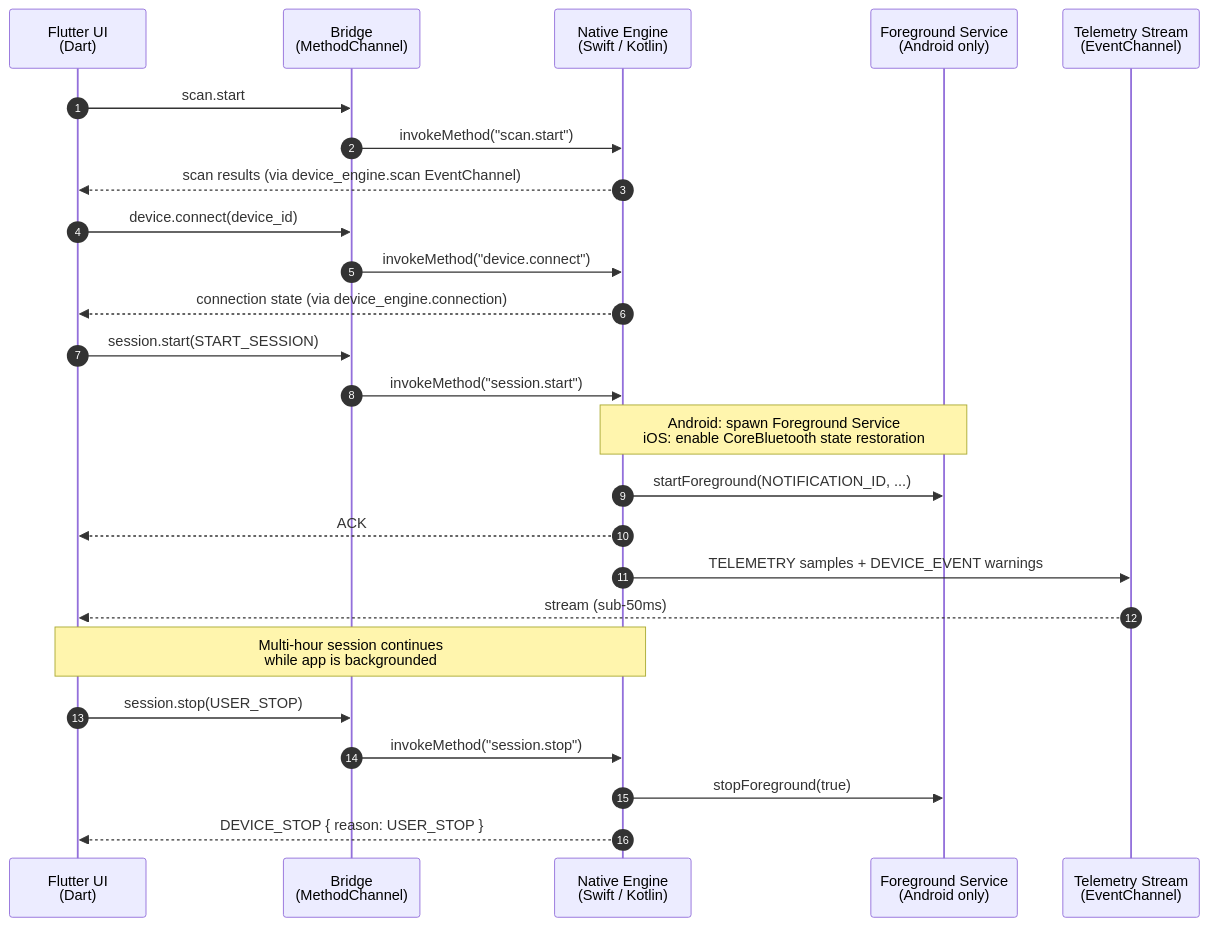
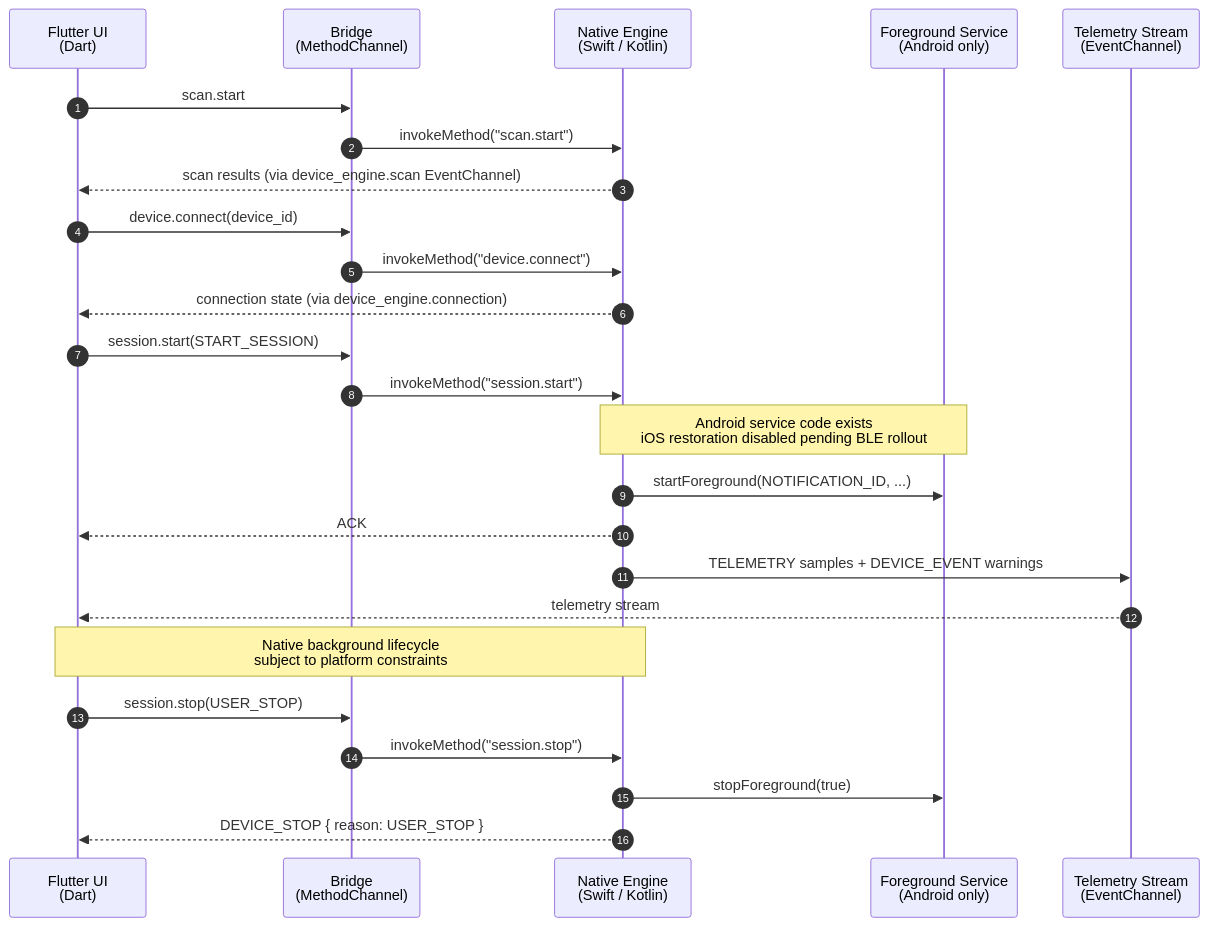
The second of 4 diagrams in LightRoutines/README.md (MILTONADINA/Private-Projects-Portfolio-Showcase), drawn with Mermaid before and after one commit. The commit also changed other lines of this file and 43 other files, not shown here.

````diff
--- a/LightRoutines/README.md
+++ b/LightRoutines/README.md
@@ -140,30 +154,30 @@
 ```mermaid
 sequenceDiagram
     autonumber
     participant UI as Flutter UI<br/>(Dart)
     participant BR as Bridge<br/>(MethodChannel)
     participant N as Native Engine<br/>(Swift / Kotlin)
     participant FGS as Foreground Service<br/>(Android only)
     participant TX as Telemetry Stream<br/>(EventChannel)
 
     UI->>BR: scan.start
     BR->>N: invokeMethod("scan.start")
     N-->>UI: scan results (via device_engine.scan EventChannel)
     UI->>BR: device.connect(device_id)
     BR->>N: invokeMethod("device.connect")
     N-->>UI: connection state (via device_engine.connection)
 
     UI->>BR: session.start(START_SESSION)
     BR->>N: invokeMethod("session.start")
-    Note over N,FGS: Android: spawn Foreground Service<br/>iOS: enable CoreBluetooth state restoration
+    Note over N,FGS: Android service code exists<br/>iOS restoration disabled pending BLE rollout
     N->>FGS: startForeground(NOTIFICATION_ID, ...)
     N-->>UI: ACK
     N->>TX: TELEMETRY samples + DEVICE_EVENT warnings
-    TX-->>UI: stream (sub-50ms)
-    Note over UI,N: Multi-hour session continues<br/>while app is backgrounded
+    TX-->>UI: telemetry stream
+    Note over UI,N: Native background lifecycle<br/>subject to platform constraints
 
     UI->>BR: session.stop(USER_STOP)
     BR->>N: invokeMethod("session.stop")
     N->>FGS: stopForeground(true)
     N-->>UI: DEVICE_STOP { reason: USER_STOP }
 ```
````
